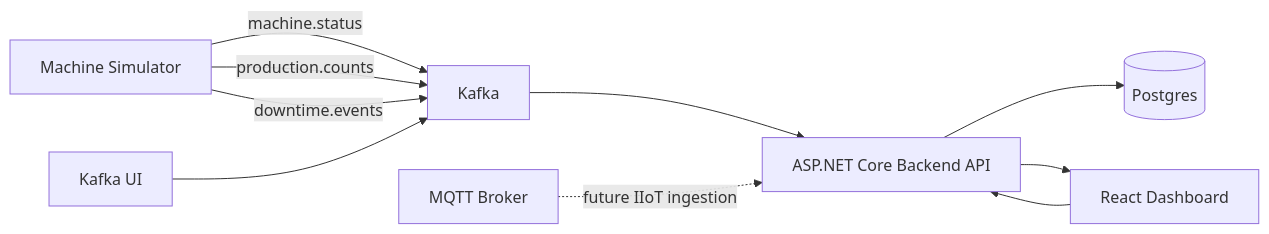
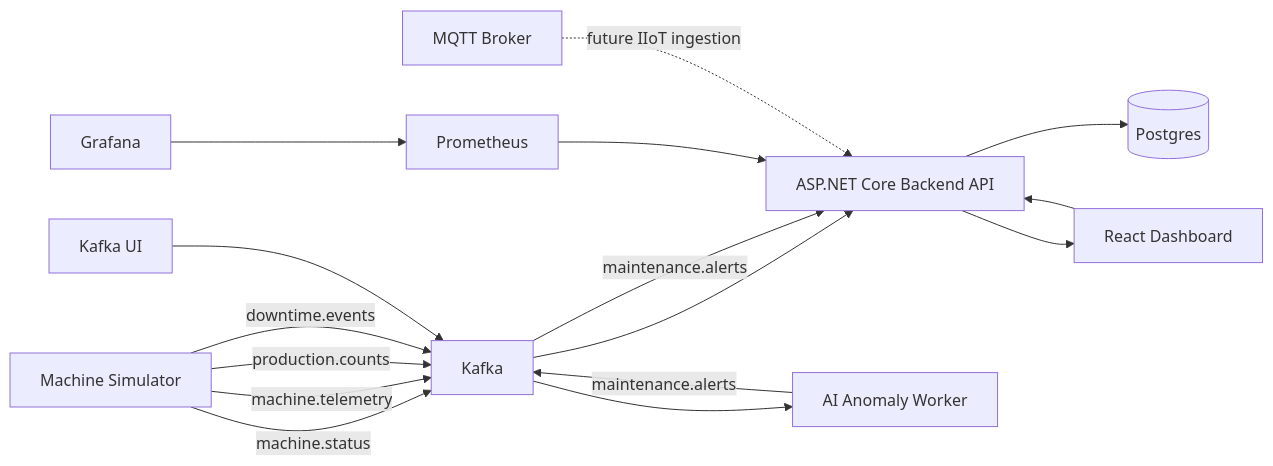
Before and after one commit to parthoece/fabiq-smart-factory: the diagram in README.md, drawn with Mermaid. The commit also changed other lines of this file and 13 other files, not shown here.

````diff
--- a/README.md
+++ b/README.md
@@ -255,15 +299,23 @@
 ```mermaid
 flowchart LR
     Simulator[Machine Simulator] -->|machine.status| Kafka[Kafka]
+    Simulator -->|machine.telemetry| Kafka
     Simulator -->|production.counts| Kafka
     Simulator -->|downtime.events| Kafka
 
     Kafka --> Backend[ASP.NET Core Backend API]
+    Kafka --> Worker[AI Anomaly Worker]
+
+    Worker -->|maintenance.alerts| Kafka
+    Kafka -->|maintenance.alerts| Backend
 
     Backend --> Postgres[(Postgres)]
     Frontend[React Dashboard] --> Backend
     Backend --> Frontend
 
+    Prometheus[Prometheus] --> Backend
+    Grafana[Grafana] --> Prometheus
+
     MQTT[MQTT Broker] -. future IIoT ingestion .-> Backend
     KafkaUI[Kafka UI] --> Kafka
 ```
````
